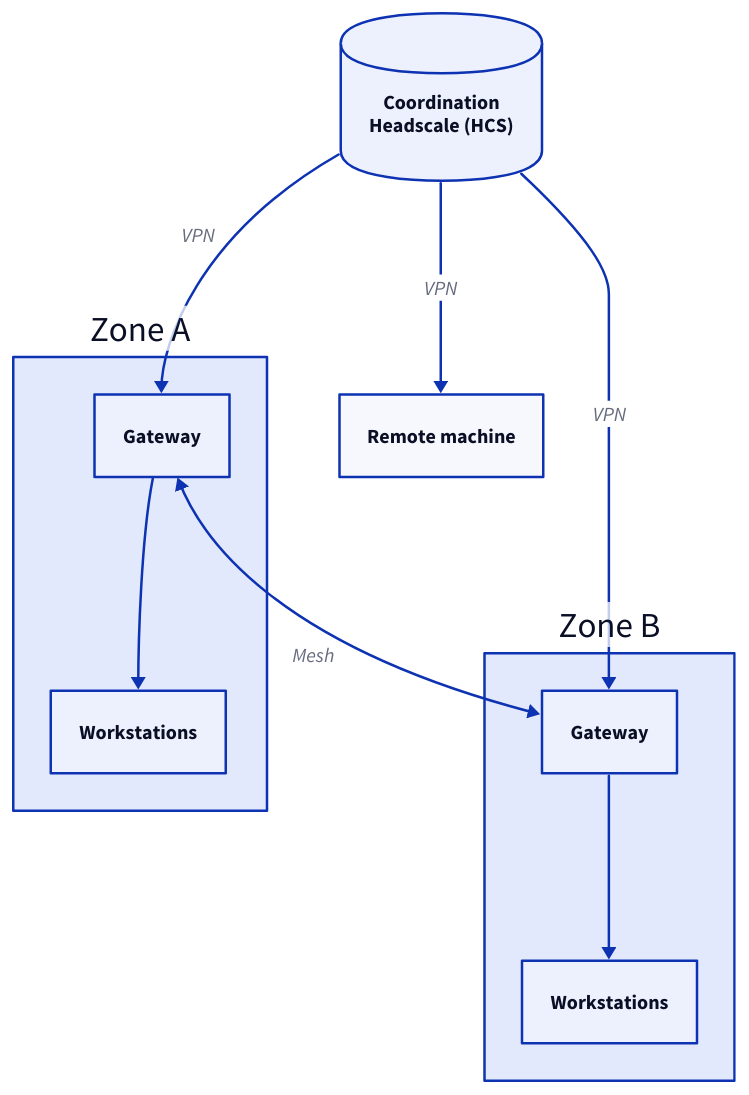
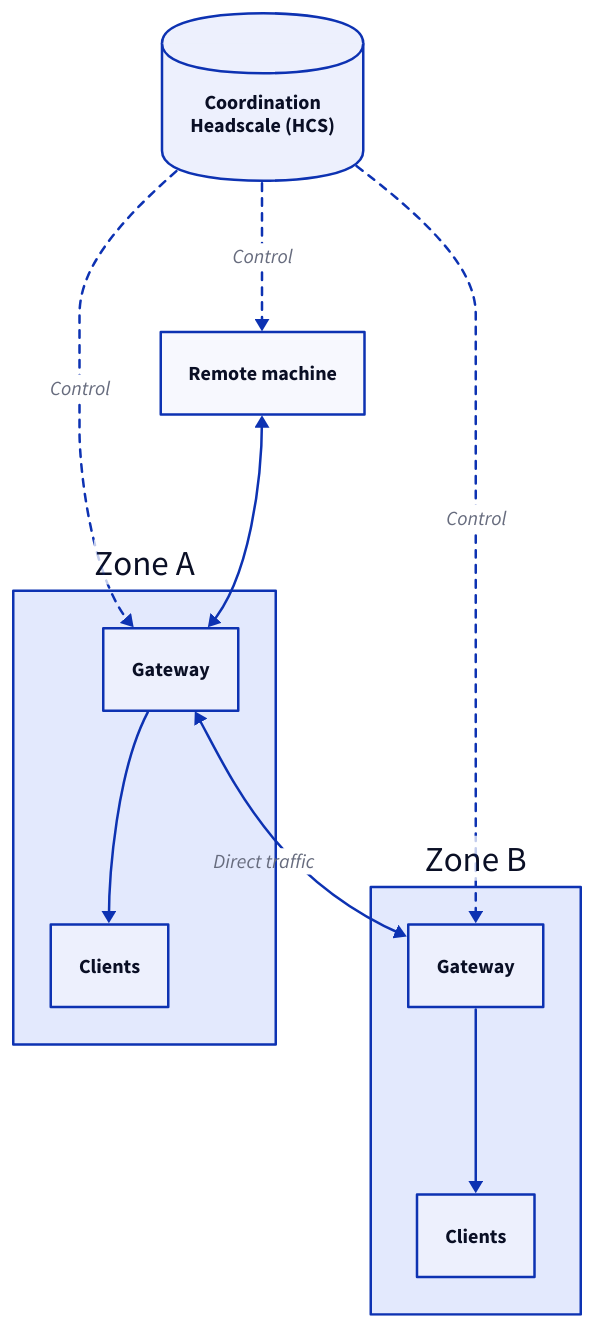
Before and after one commit to darkone-linux/dnf-doc: the third of 5 diagrams in src/content/docs/en/doc/admin-guide/understand/network.mdx, drawn with D2. The commit also changed other lines of this file and 29 other files, not shown here.

````diff
--- a/src/content/docs/en/doc/admin-guide/understand/network.mdx
+++ b/src/content/docs/en/doc/admin-guide/understand/network.mdx
@@ -83,23 +83,24 @@
 ```d2
 style.fill: transparent
 direction: down
 
 hcs: Coordination\nHeadscale (HCS) { shape: cylinder }
 
 zoneA: Zone A {
   gwa: Gateway
-  la: Workstations
+  la: Clients
   gwa -> la
 }
 zoneB: Zone B {
   gwb: Gateway
-  lb: Workstations
+  lb: Clients
   gwb -> lb
 }
 ext: Remote machine
 
-hcs -> zoneA.gwa: VPN
-hcs -> zoneB.gwb: VPN
-hcs -> ext: VPN
-zoneA.gwa <-> zoneB.gwb: Mesh
+hcs -> zoneA.gwa: Control { style.stroke-dash: 3 }
+hcs -> zoneB.gwb: Control { style.stroke-dash: 3 }
+hcs -> ext: Control { style.stroke-dash: 3 }
+zoneA.gwa <-> zoneB.gwb: Direct traffic
+ext <-> zoneA.gwa
 ```
````
